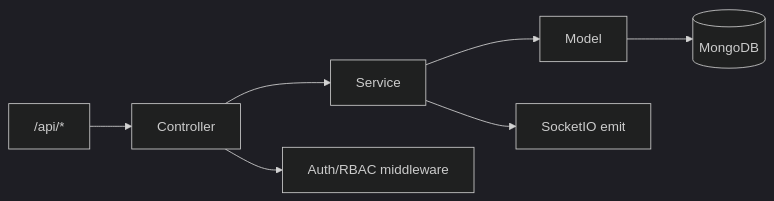
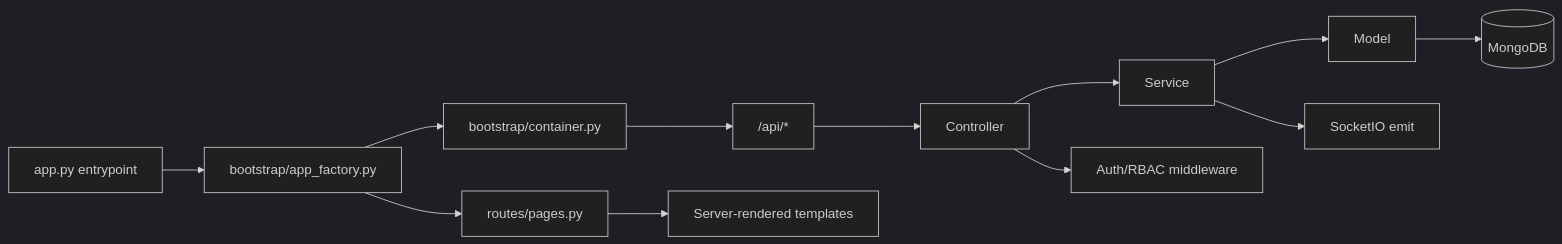
One commit to Son0ngu/Centralized_Network_Access_Control_System_for_Computer_Labs changed the diagram in report/server/01_KIEN_TRUC_SERVER.md. Above: the diagram before and after it, drawn with Mermaid (dark theme). The commit also changed other lines of this file and 168 other files, not shown here.

````diff
--- a/report/server/01_KIEN_TRUC_SERVER.md
+++ b/report/server/01_KIEN_TRUC_SERVER.md
@@ -7,10 +7,15 @@
 ```mermaid
 %% xem thêm: ../diagrams/server_mvc_architecture.mmd
 flowchart LR
+  App["app.py entrypoint"] --> Factory["bootstrap/app_factory.py"]
+  Factory --> Container["bootstrap/container.py"]
+  Factory --> Pages["routes/pages.py"]
+  Container --> Route
+  Pages --> Templates["Server-rendered templates"]
   Route["/api/*"] --> Controller["Controller"]
   Controller --> Service["Service"]
   Service --> Model["Model"]
   Model --> Mongo[("MongoDB")]
   Controller --> RBAC["Auth/RBAC middleware"]
   Service --> SocketIO["SocketIO emit"]
 ```
````
